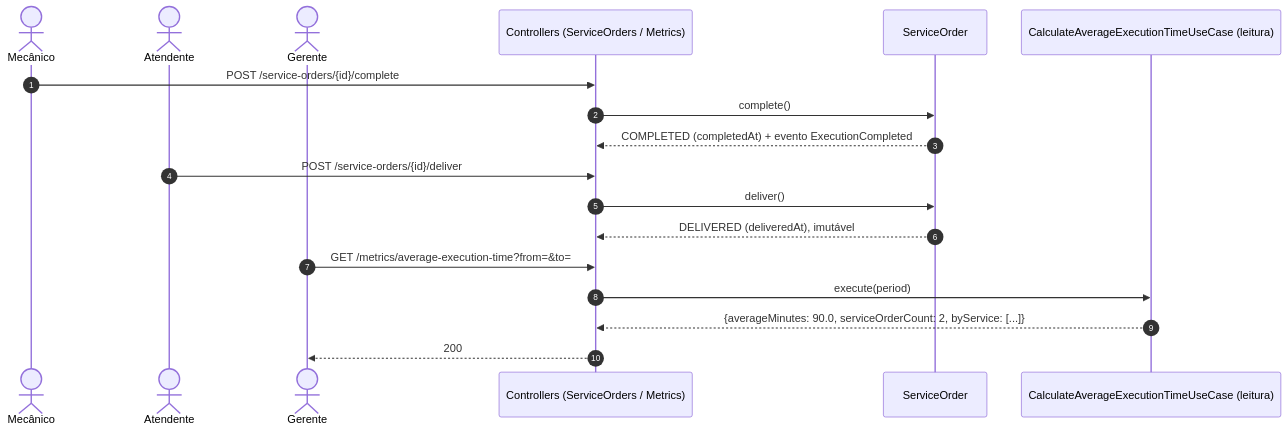
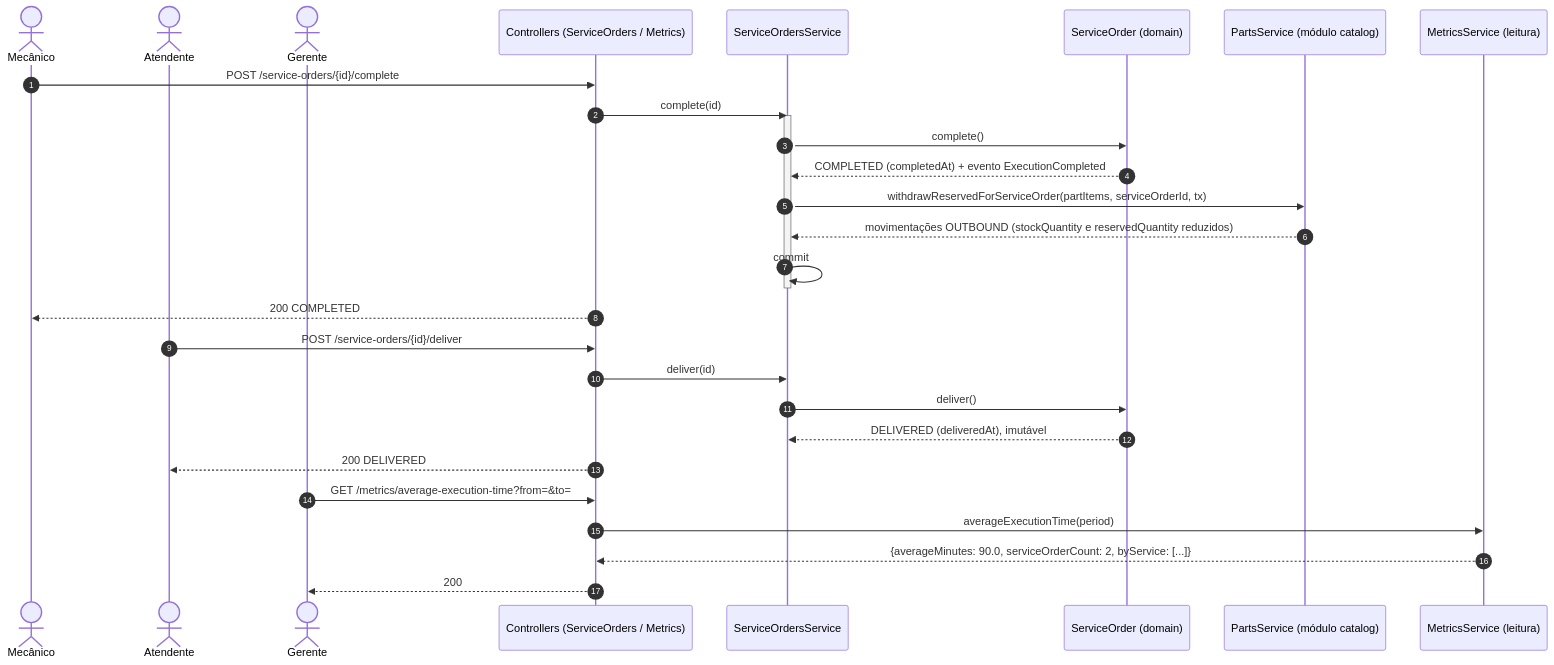
The fourth of 6 diagrams in docs/04-arquitetura/fluxos.md (HermandoThiago/FIAP-SOAT), drawn with Mermaid before and after one commit. The commit also changed other lines of this file and 57 other files, not shown here.

````diff
--- a/docs/04-arquitetura/fluxos.md
+++ b/docs/04-arquitetura/fluxos.md
@@ -100,20 +108,31 @@
 ```mermaid
 sequenceDiagram
     autonumber
     actor Me as Mecânico
     actor At as Atendente
     actor Ge as Gerente
     participant API as Controllers (ServiceOrders / Metrics)
-    participant OS as ServiceOrder
-    participant MET as CalculateAverageExecutionTimeUseCase (leitura)
+    participant SOS as ServiceOrdersService
+    participant OS as ServiceOrder (domain)
+    participant PRT as PartsService (módulo catalog)
+    participant MET as MetricsService (leitura)
     Me->>API: POST /service-orders/{id}/complete
-    API->>OS: complete()
-    OS-->>API: COMPLETED (completedAt) + evento ExecutionCompleted
+    API->>SOS: complete(id)
+    activate SOS
+    SOS->>OS: complete()
+    OS-->>SOS: COMPLETED (completedAt) + evento ExecutionCompleted
+    SOS->>PRT: withdrawReservedForServiceOrder(partItems, serviceOrderId, tx)
+    PRT-->>SOS: movimentações OUTBOUND (stockQuantity e reservedQuantity reduzidos)
+    SOS->>SOS: commit
+    deactivate SOS
+    API-->>Me: 200 COMPLETED
     At->>API: POST /service-orders/{id}/deliver
-    API->>OS: deliver()
-    OS-->>API: DELIVERED (deliveredAt), imutável
+    API->>SOS: deliver(id)
+    SOS->>OS: deliver()
+    OS-->>SOS: DELIVERED (deliveredAt), imutável
+    API-->>At: 200 DELIVERED
     Ge->>API: GET /metrics/average-execution-time?from=&to=
-    API->>MET: execute(period)
+    API->>MET: averageExecutionTime(period)
     MET-->>API: {averageMinutes: 90.0, serviceOrderCount: 2, byService: [...]}
     API-->>Ge: 200
 ```
````
